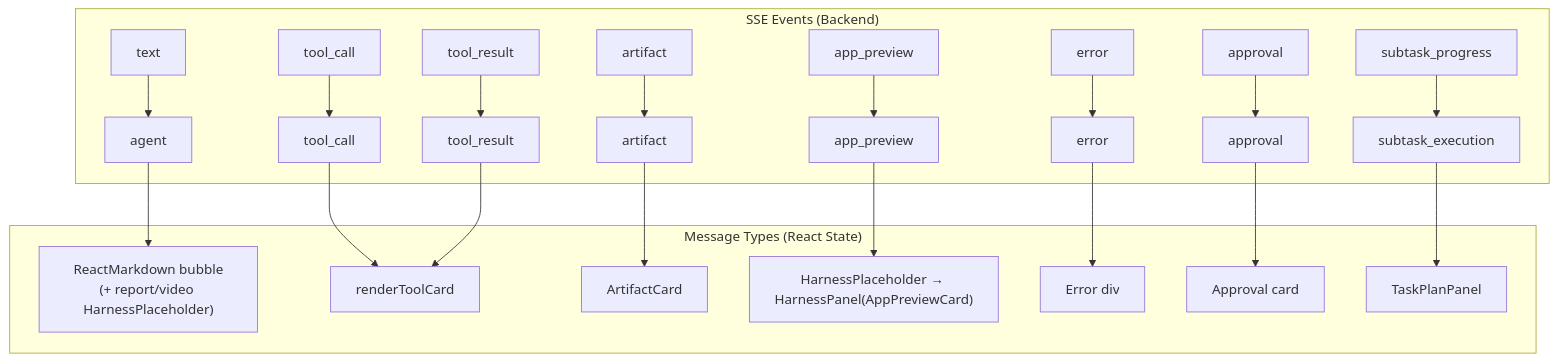
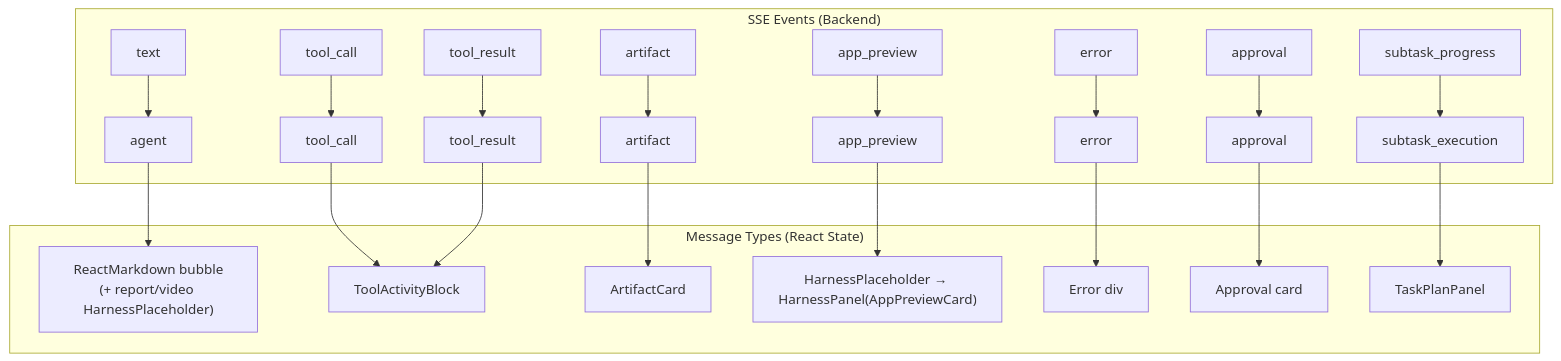
One commit to schardosin/astonish changed the third of 8 diagrams in docs/architecture/chat-rendering-pipeline.md. Above: the diagram before and after it, drawn with Mermaid. The commit also changed other lines of this file and 8 other files, not shown here.

First line of the commit message:
Add lean Cursor-style tool activity UI for Studio Chat (#351)

````diff
--- a/docs/architecture/chat-rendering-pipeline.md
+++ b/docs/architecture/chat-rendering-pipeline.md
@@ -153,24 +160,24 @@
 ```mermaid
 graph TD
     subgraph "SSE Events (Backend)"
         E1[text] --> M1[agent]
         E2[tool_call] --> M2[tool_call]
         E3[tool_result] --> M3[tool_result]
         E4[artifact] --> M4[artifact]
         E5[app_preview] --> M5[app_preview]
         E6[error] --> M6[error]
         E7[approval] --> M7[approval]
         E8[subtask_progress] --> M8[subtask_execution]
     end
 
     subgraph "Message Types (React State)"
         M1 --> C1["ReactMarkdown bubble<br/>(+ report/video HarnessPlaceholder)"]
-        M2 --> C2[renderToolCard]
+        M2 --> C2[ToolActivityBlock]
         M3 --> C2
         M4 --> C3[ArtifactCard]
         M5 --> C4["HarnessPlaceholder → HarnessPanel(AppPreviewCard)"]
         M6 --> C5[Error div]
         M7 --> C6[Approval card]
         M8 --> C7[TaskPlanPanel]
     end
 ```
````
